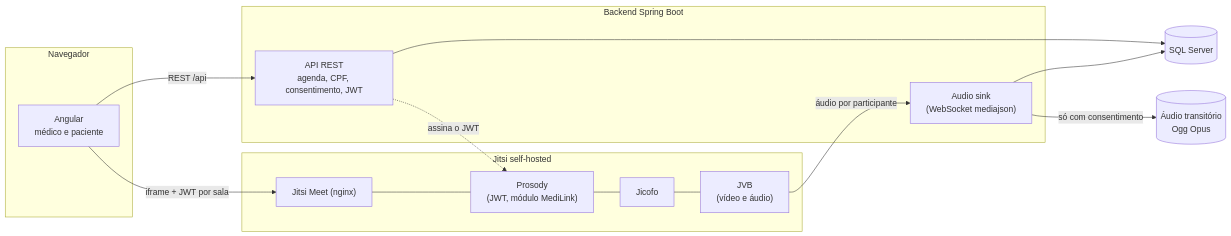
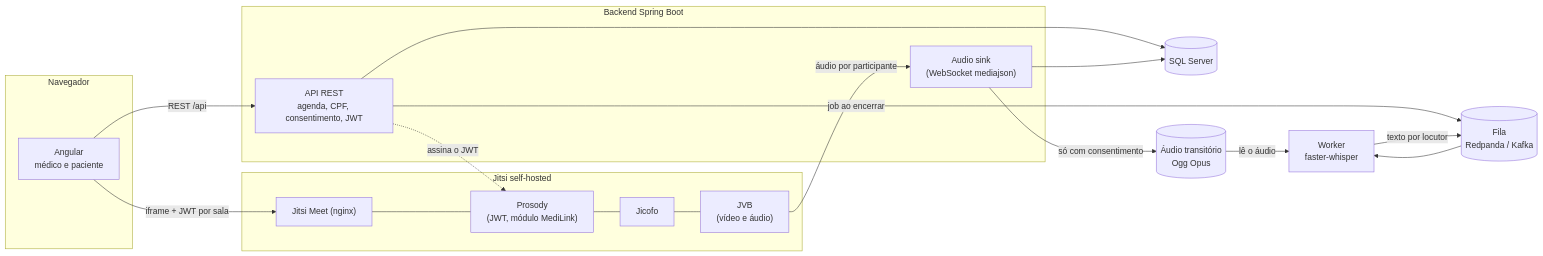
Before and after one commit to rbiasibetti/MediLink: the first of 2 diagrams in README.md, drawn with Mermaid. The commit also changed other lines of this file and 54 other files, not shown here.

First line of the commit message:
feat: fila e worker de transcrição pós-consulta (T12)

````diff
--- a/README.md
+++ b/README.md
@@ -76,25 +76,31 @@
 ```mermaid
 flowchart LR
     subgraph NAV[Navegador]
         A["Angular<br/>médico e paciente"]
     end
     subgraph JITSI[Jitsi self-hosted]
         W["Jitsi Meet (nginx)"] --- P["Prosody<br/>(JWT, módulo MediLink)"]
         P --- F[Jicofo]
         F --- V["JVB<br/>(vídeo e áudio)"]
     end
     subgraph BACK["Backend Spring Boot"]
         API["API REST<br/>agenda, CPF, consentimento, JWT"]
         S["Audio sink<br/>(WebSocket mediajson)"]
     end
     DB[("SQL Server")]
     D[("Áudio transitório<br/>Ogg Opus")]
+    K[("Fila<br/>Redpanda / Kafka")]
+    WK["Worker<br/>faster-whisper"]
 
     A -- "REST /api" --> API
     A -- "iframe + JWT por sala" --> W
     API --> DB
     V -- "áudio por participante" --> S
     S -- "só com consentimento" --> D
     S --> DB
     API -. "assina o JWT" .-> P
+    API -- "job ao encerrar" --> K
+    K --> WK
+    D -- "lê o áudio" --> WK
+    WK -- "texto por locutor" --> K
 ```
````
